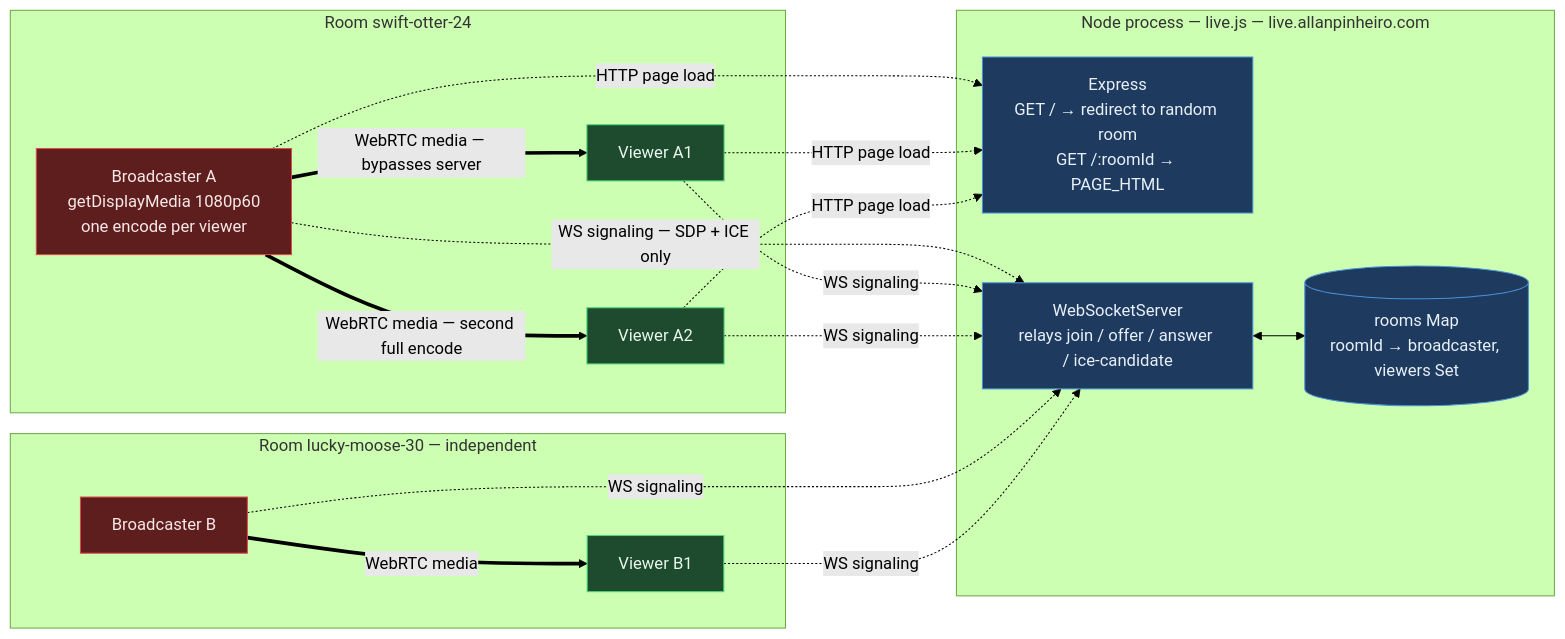
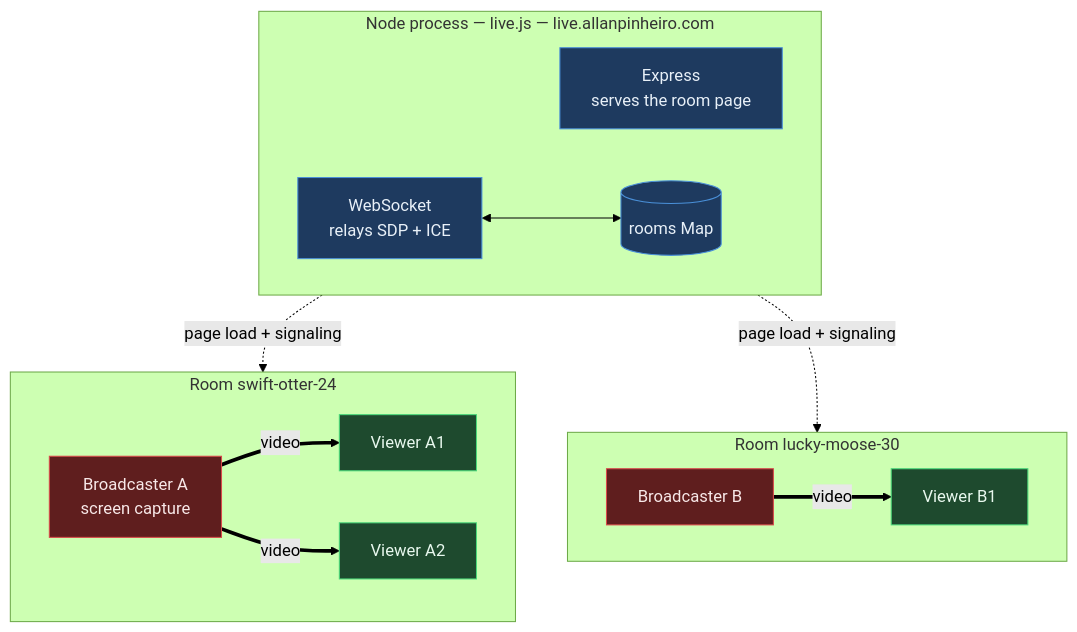
Before and after one commit to allanhal/live: the diagram in README.md, drawn with Mermaid (forest theme). The commit also changed other lines of this file and 1 other file, not shown here.

Commit message:
Redraw the data-path diagrams for legibility
The Pages diagram had Mermaid auto-layout crossing the video edges through
the signaling edges, with six near-identical labels and the thick/thin
distinction lost at render scale. Replace it with hand-authored inline SVG:
server on top, video straight across, signaling as dashed two-way lines.
That also drops the ~1MB Mermaid CDN download and the flash of raw diagram
source before render — the page now makes no external asset requests.

Keep Mermaid in the README, where GitHub renders it natively and it stays
diffable, but stop asking it to lay out fifteen labelled edges: connect the
server to each room subgraph once instead of to every participant.

````diff
--- a/README.md
+++ b/README.md
@@ -28,41 +28,33 @@
 ```mermaid
-flowchart LR
-    subgraph roomA["Room swift-otter-24"]
-        BA["Broadcaster A<br/>getDisplayMedia 1080p60<br/>one encode per viewer"]
-        VA1["Viewer A1"]
-        VA2["Viewer A2"]
-    end
-
+flowchart TB
     subgraph srv["Node process — live.js — live.allanpinheiro.com"]
-        EX["Express<br/>GET / → redirect to random room<br/>GET /:roomId → PAGE_HTML"]
-        WSS["WebSocketServer<br/>relays join / offer / answer / ice-candidate"]
-        RM[("rooms Map<br/>roomId → broadcaster, viewers Set")]
+        EX["Express<br/>serves the room page"]
+        WSS["WebSocket<br/>relays SDP + ICE"]
+        RM[("rooms Map")]
         WSS <--> RM
     end
 
-    subgraph roomB["Room lucky-moose-30 — independent"]
+    subgraph roomA["Room swift-otter-24"]
+        BA["Broadcaster A<br/>screen capture"]
+        VA1["Viewer A1"]
+        VA2["Viewer A2"]
+        BA ==>|"video"| VA1
+        BA ==>|"video"| VA2
+    end
+
+    subgraph roomB["Room lucky-moose-30"]
         BB["Broadcaster B"]
         VB1["Viewer B1"]
+        BB ==>|"video"| VB1
     end
 
-    BA -. "HTTP page load" .-> EX
-    VA1 -. "HTTP page load" .-> EX
-    VA2 -. "HTTP page load" .-> EX
-
-    BA -. "WS signaling — SDP + ICE only" .-> WSS
-    VA1 -. "WS signaling" .-> WSS
-    VA2 -. "WS signaling" .-> WSS
-    BB -. "WS signaling" .-> WSS
-    VB1 -. "WS signaling" .-> WSS
-
-    BA ==>|"WebRTC media — bypasses server"| VA1
-    BA ==>|"WebRTC media — second full encode"| VA2
-    BB ==>|"WebRTC media"| VB1
+    srv -. "page load + signaling" .-> roomA
+    srv -. "page load + signaling" .-> roomB
 
     classDef server fill:#1e3a5f,stroke:#4a90d9,color:#e8f0f8
     classDef bcast fill:#5f1e1e,stroke:#d94a4a,color:#f8e8e8
     classDef viewer fill:#1e4a2e,stroke:#4ad97a,color:#e8f8ee
     class EX,WSS,RM server
     class BA,BB bcast
     class VA1,VA2,VB1 viewer
 ```
````
